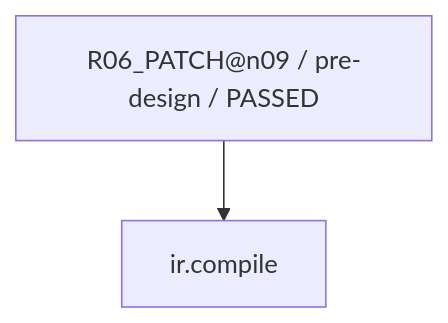
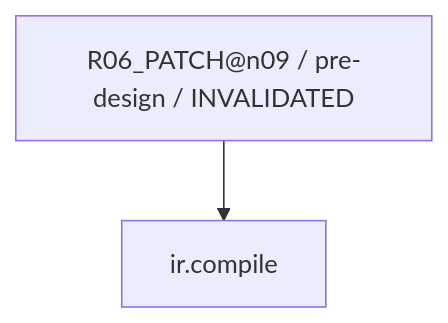
The eighth of 30 diagrams in work/items/W-MATH-034-n09-n10-guided-design/generated/CAPABILITY_FIRE_DIAGRAM.md (rrikunagasige-dot/kyotsu-step-web), drawn with Mermaid before and after one commit. The commit also changed other lines of this file and 266 other files, not shown here.

````diff
--- a/work/items/W-MATH-034-n09-n10-guided-design/generated/CAPABILITY_FIRE_DIAGRAM.md
+++ b/work/items/W-MATH-034-n09-n10-guided-design/generated/CAPABILITY_FIRE_DIAGRAM.md
@@ -128,6 +128,6 @@
 ```mermaid
 flowchart TD
-  N0["R06_PATCH@n09 / pre-design / PASSED"]
+  N0["R06_PATCH@n09 / pre-design / INVALIDATED"]
   N1["ir.compile"]
   N0 --> N1
 ```
````
